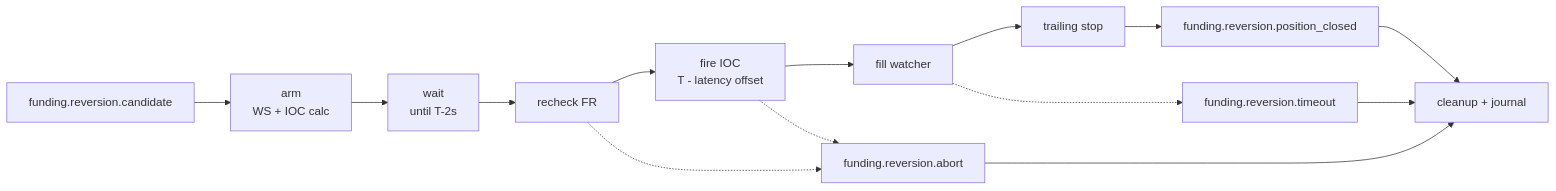
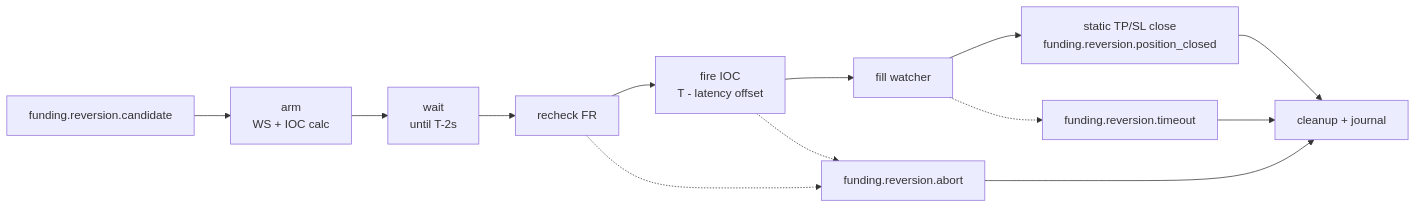
The diagram in docs/business/funding/reversion_flow.md (dangnmh/crypto-bot), drawn with Mermaid before and after one commit. The commit also changed other lines of this file and 122 other files, not shown here.

````diff
--- a/docs/business/funding/reversion_flow.md
+++ b/docs/business/funding/reversion_flow.md
@@ -18,16 +18,15 @@
 ```mermaid
 flowchart LR
     C["funding.reversion.candidate"] --> ARM["arm<br/>WS + IOC calc"]
     ARM --> WAIT["wait<br/>until T-2s"]
     WAIT --> CHECK["recheck FR"]
     CHECK --> IOC["fire IOC<br/>T - latency offset"]
     IOC --> FILL["fill watcher"]
-    FILL --> TRAIL["trailing stop"]
-    TRAIL --> CLOSE["funding.reversion.position_closed"]
+    FILL --> CLOSE["static TP/SL close<br/>funding.reversion.position_closed"]
     FILL -.-> TIMEOUT["funding.reversion.timeout"]
     CHECK -.-> ABORT["funding.reversion.abort"]
     IOC -.-> ABORT
     TIMEOUT --> CLEANUP["cleanup + journal"]
     CLOSE --> CLEANUP
     ABORT --> CLEANUP
 ```
````
